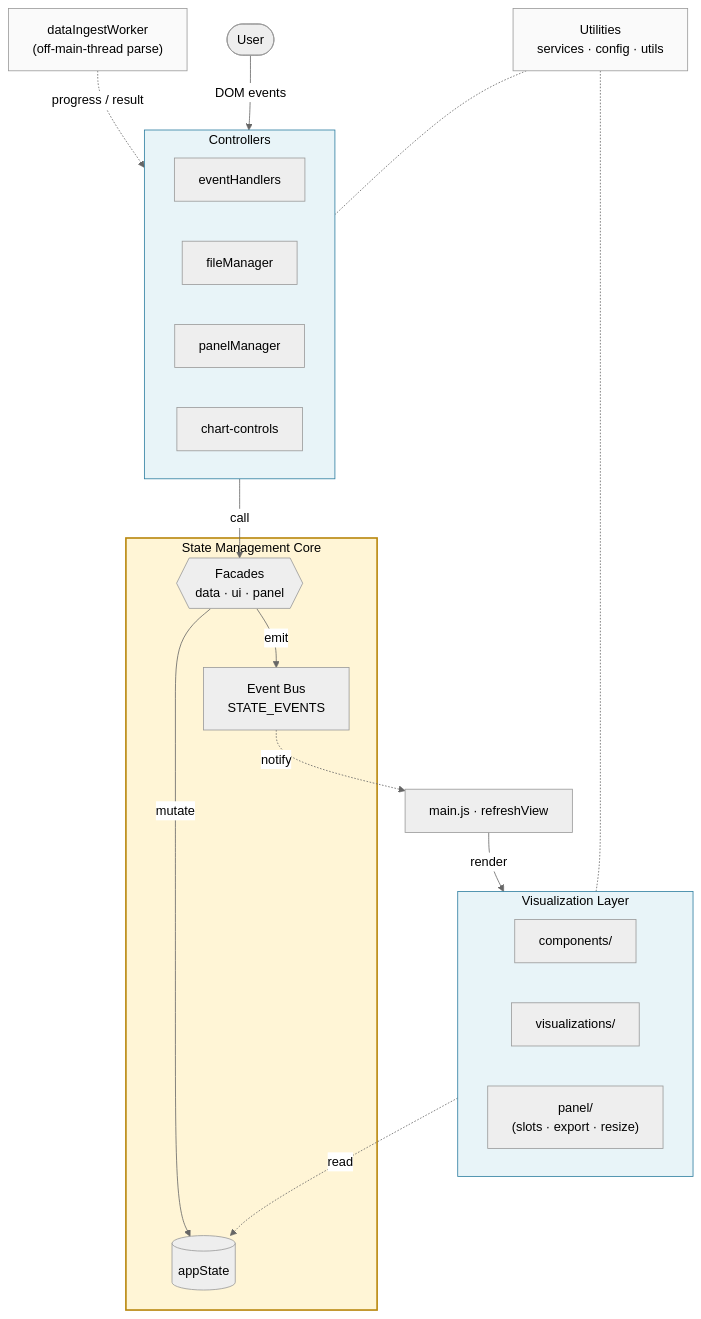
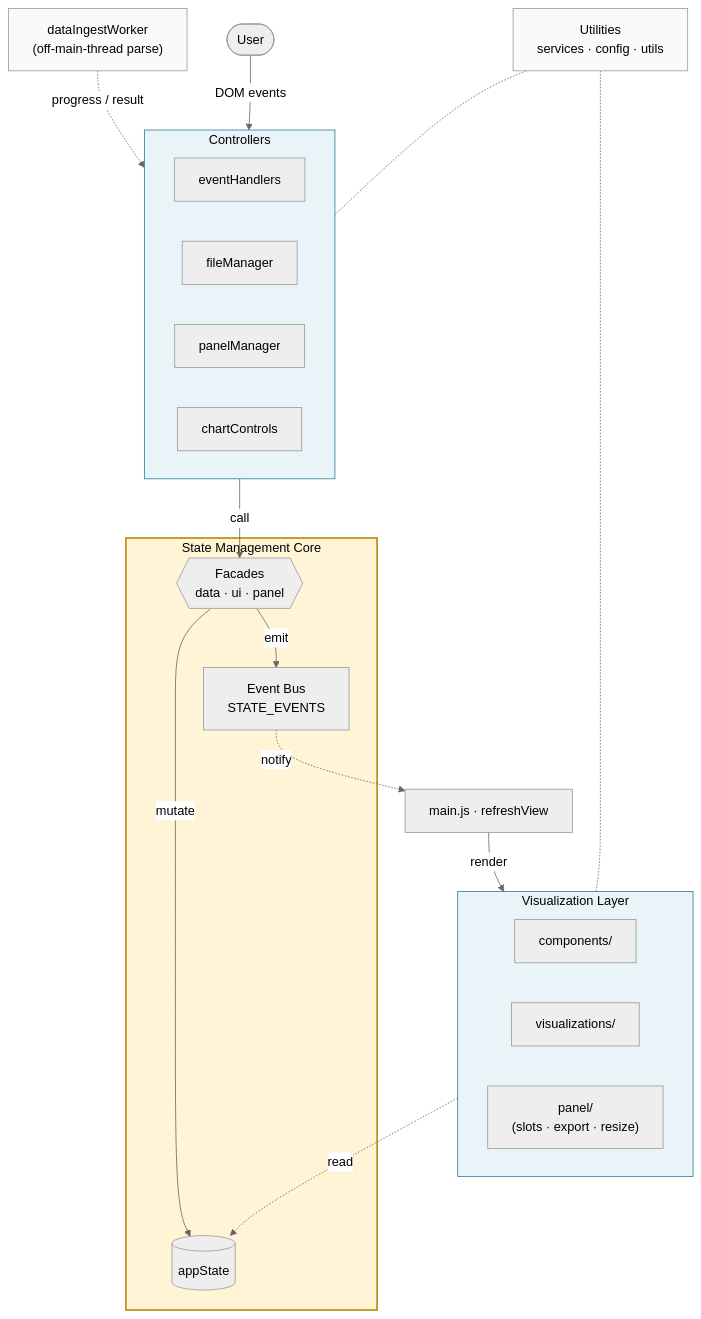
One commit to GabrielInada/CHIVE changed the diagram in ARCHITECTURE.md. Above: the diagram before and after it, drawn with Mermaid (neutral theme). The commit also changed other lines of this file and 136 other files, not shown here.

First line of the commit message:
refactor: reorganize src/ directory architecture

````diff
--- a/ARCHITECTURE.md
+++ b/ARCHITECTURE.md
@@ -38,41 +38,41 @@
 ```mermaid
 flowchart TB
     U(["User"])
     subgraph CTRL["Controllers"]
         direction LR
         EH["eventHandlers"]
         FM["fileManager"]
         PM["panelManager"]
-        CC["chart-controls"]
+        CC["chartControls"]
     end
     subgraph CORE["State Management Core"]
         FAC{{"Facades<br/>data · ui · panel"}}
         AS[("appState")]
         EB["Event Bus<br/>STATE_EVENTS"]
         FAC -- mutate --> AS
         FAC -- emit --> EB
     end
     MAIN["main.js · refreshView"]
     subgraph PRES["Visualization Layer"]
         direction LR
         COMP["components/"]
         VIZ["visualizations/"]
         PANEL["panel/<br/>(slots · export · resize)"]
     end
     WORKER["dataIngestWorker<br/>(off-main-thread parse)"]
     UTIL["Utilities<br/>services · config · utils"]
     U -- DOM events --> CTRL
     CTRL -- call --> FAC
     EB -. notify .-> MAIN
     MAIN -- render --> PRES
     PRES -. read .-> AS
     WORKER -. progress / result .-> FM
     UTIL -.- CTRL
     UTIL -.- PRES
     classDef core fill:#fff5d6,stroke:#b8860b,stroke-width:2px,color:#000
     classDef layer fill:#e8f4f8,stroke:#2c7da0,color:#000
     classDef plain fill:#fafafa,stroke:#999,color:#000
     class CORE core
     class CTRL,PRES layer
     class UTIL,WORKER plain
 ```
````
